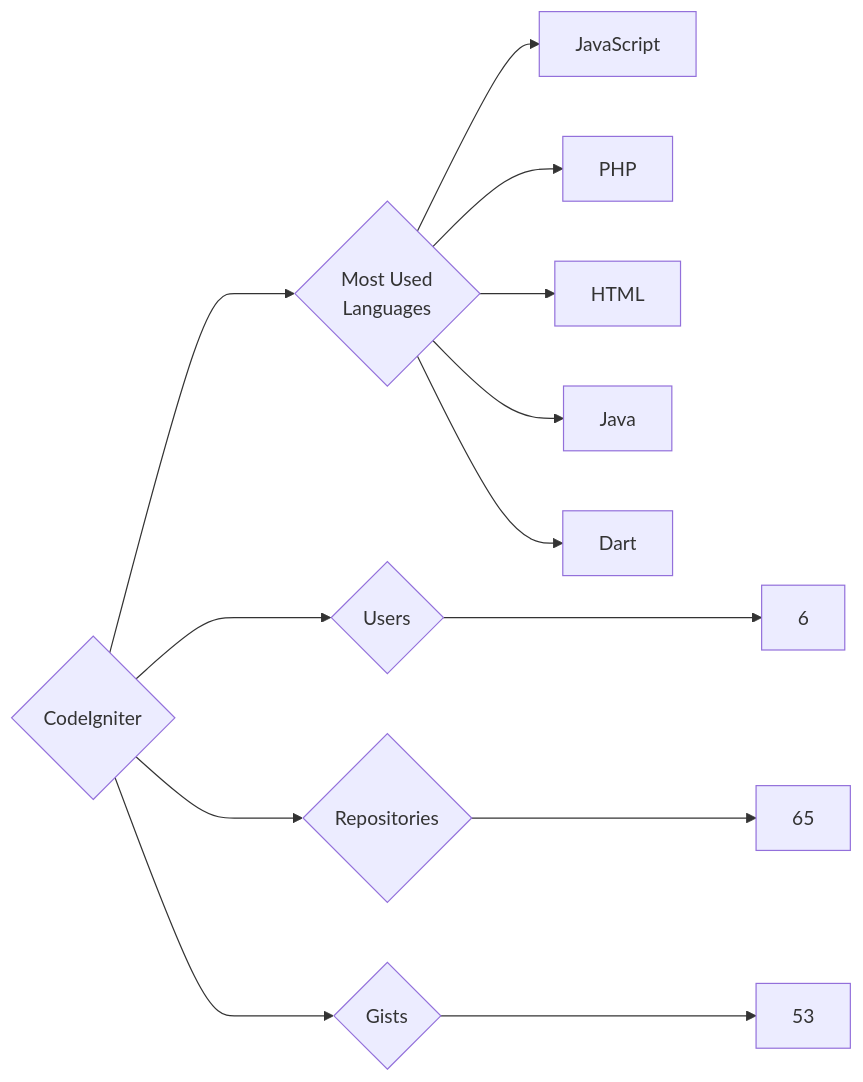
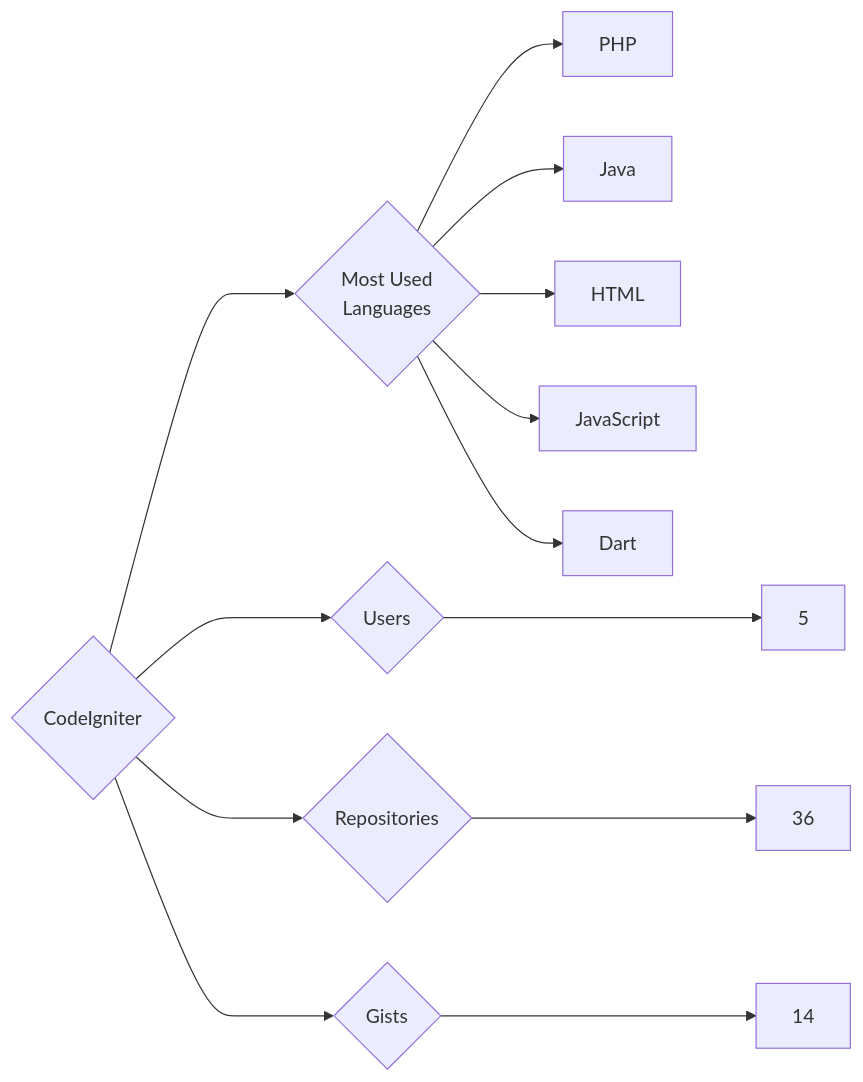
The diagram in targets/CodeIgniter/README.md (trickest/insiders), drawn with Mermaid before and after one commit. The commit also changed 1003 other files, not shown here.

````diff
--- a/targets/CodeIgniter/README.md
+++ b/targets/CodeIgniter/README.md
@@ -3,13 +3,13 @@
 ```mermaid
 graph LR
 COMPANY_NAME{CodeIgniter}
-COMPANY_NAME ---> U{Users} ---> UN[6]
-COMPANY_NAME ---> R{Repositories} ---> RN[65]
-COMPANY_NAME ---> G{Gists} ---> GN[53]
+COMPANY_NAME ---> U{Users} ---> UN[5]
+COMPANY_NAME ---> R{Repositories} ---> RN[36]
+COMPANY_NAME ---> G{Gists} ---> GN[14]
 COMPANY_NAME ---> ML{Most Used<br>Languages}
+ML --> PHP[PHP]
+ML --> Java[Java]
+ML --> HTML[HTML]
 ML --> JavaScript[JavaScript]
-ML --> PHP[PHP]
-ML --> HTML[HTML]
-ML --> Java[Java]
 ML --> Dart[Dart]
 ```
````
